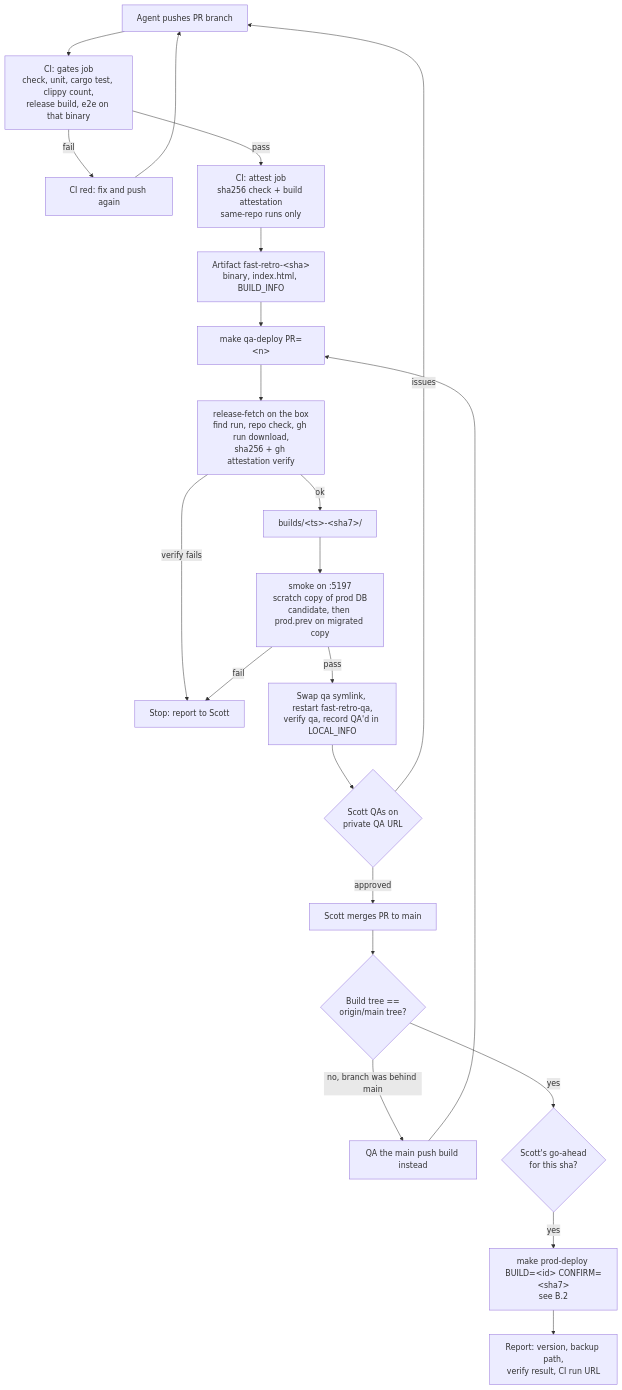
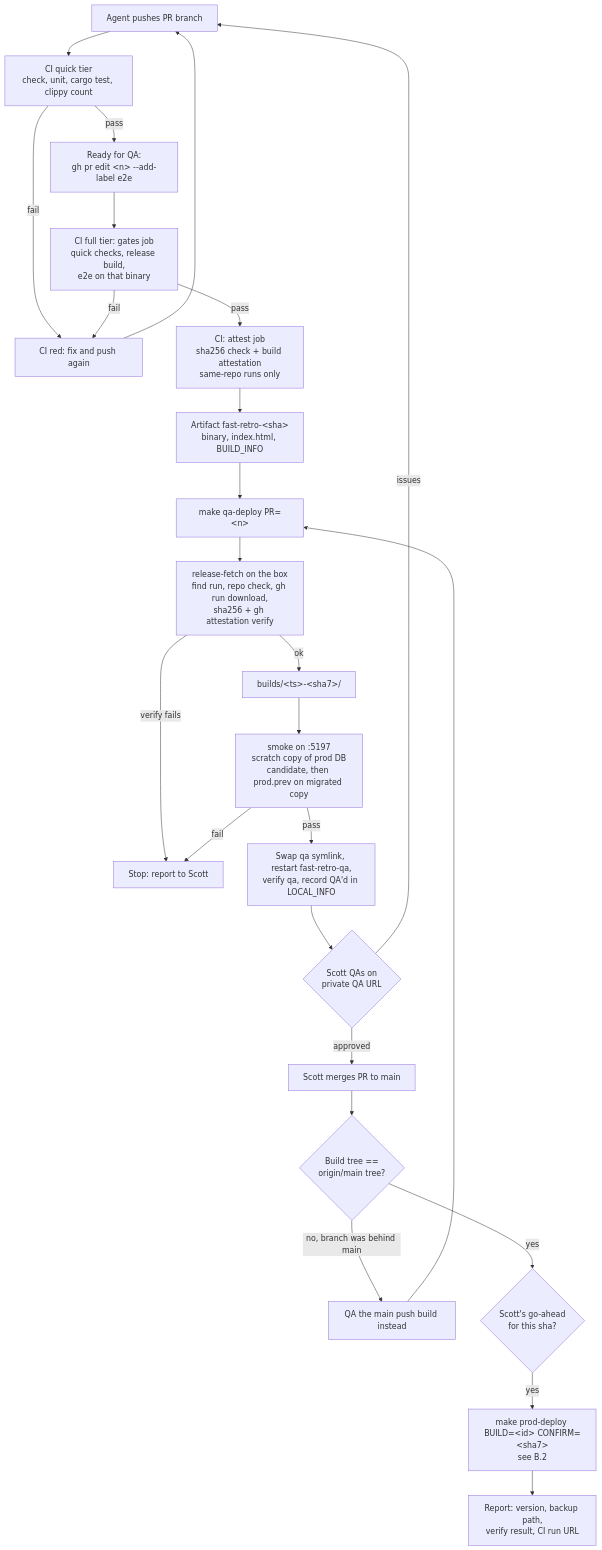
One commit to 5cotts/fast-retro changed the first of 2 diagrams in docs/release-plan.md. Above: the diagram before and after it, drawn with Mermaid. The commit also changed other lines of this file and 2 other files, not shown here.

First line of the commit message:
ci: quick checks on every PR push, e2e only on main, manual runs or the e2e label

````diff
--- a/docs/release-plan.md
+++ b/docs/release-plan.md
@@ -389,25 +398,28 @@
 ```mermaid
 flowchart TD
-    A["Agent pushes PR branch"] --> B["CI: gates job<br/>check, unit, cargo test, clippy count,<br/>release build, e2e on that binary"]
-    B -->|fail| B1["CI red: fix and push again"]
+    A["Agent pushes PR branch"] --> Q["CI quick tier<br/>check, unit, cargo test, clippy count"]
+    Q -->|fail| B1["CI red: fix and push again"]
     B1 --> A
+    Q -->|pass| R["Ready for QA:<br/>gh pr edit &lt;n&gt; --add-label e2e"]
+    R --> B["CI full tier: gates job<br/>quick checks, release build,<br/>e2e on that binary"]
+    B -->|fail| B1
     B -->|pass| C["CI: attest job<br/>sha256 check + build attestation<br/>same-repo runs only"]
     C --> D["Artifact fast-retro-&lt;sha&gt;<br/>binary, index.html, BUILD_INFO"]
 
     D --> E["make qa-deploy PR=&lt;n&gt;"]
     E --> F["release-fetch on the box<br/>find run, repo check, gh run download,<br/>sha256 + gh attestation verify"]
     F -->|verify fails| X1["Stop: report to Scott"]
     F -->|ok| G["builds/&lt;ts&gt;-&lt;sha7&gt;/"]
     G --> H["smoke on :5197<br/>scratch copy of prod DB<br/>candidate, then prod.prev on migrated copy"]
     H -->|fail| X1
     H -->|pass| I["Swap qa symlink, restart fast-retro-qa,<br/>verify qa, record QA'd in LOCAL_INFO"]
     I --> J{"Scott QAs on<br/>private QA URL"}
     J -->|issues| A
     J -->|approved| K["Scott merges PR to main"]
     K --> L{"Build tree ==<br/>origin/main tree?"}
     L -->|no, branch was behind main| M["QA the main push build instead"]
     M --> E
     L -->|yes| N{"Scott's go-ahead<br/>for this sha?"}
     N -->|yes| O["make prod-deploy BUILD=&lt;id&gt; CONFIRM=&lt;sha7&gt;<br/>see B.2"]
     O --> P["Report: version, backup path,<br/>verify result, CI run URL"]
 ```
````
